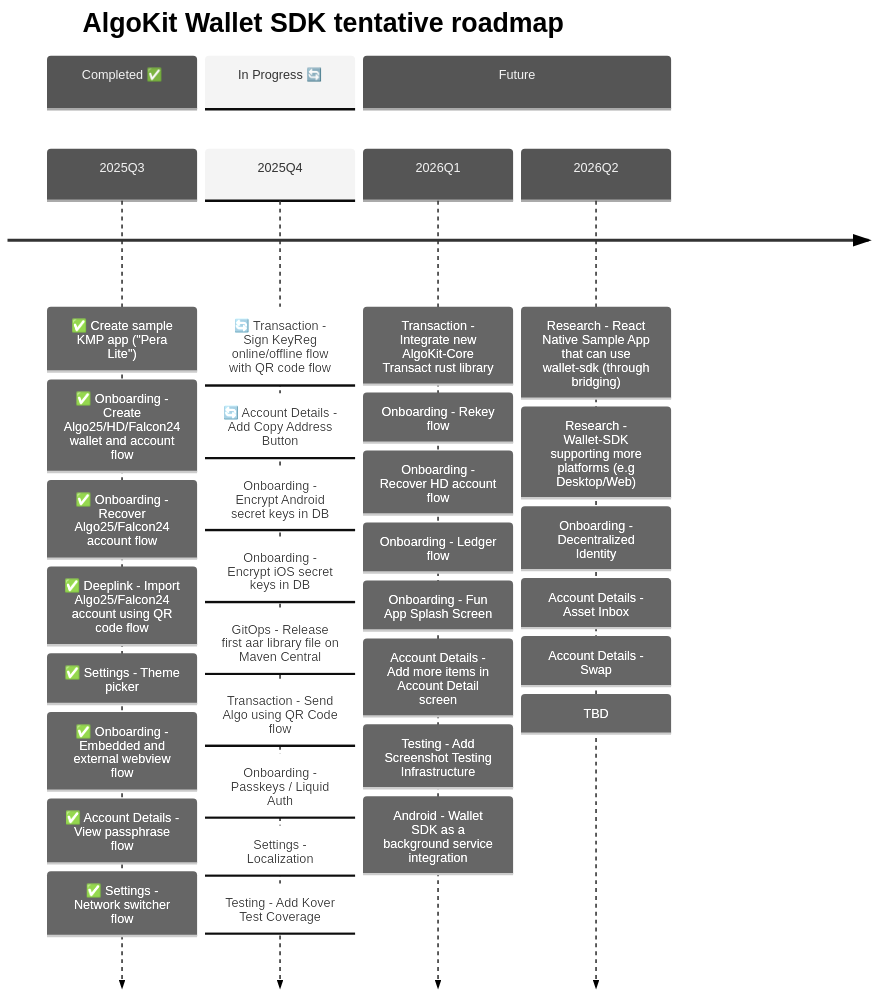
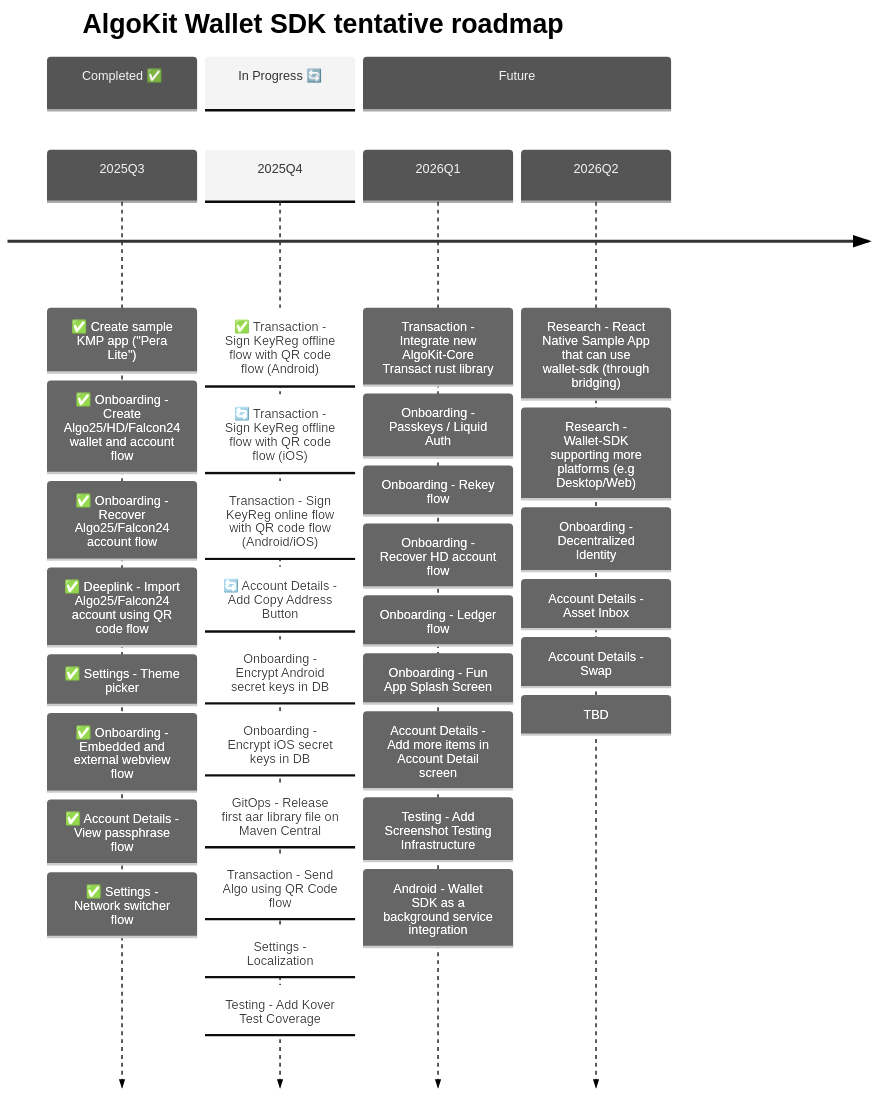
Before and after one commit to michaeltchuang/algokit-walletsdk-kmp: the second of 3 diagrams in README.md, drawn with Mermaid. The commit also changed 8 other files, not shown here.

````diff
--- a/README.md
+++ b/README.md
@@ -47,45 +47,47 @@
 ```mermaid
 ---
 config:
   theme: 'neutral'
 ---
 timeline
     title AlgoKit Wallet SDK tentative roadmap
 
     section Completed ✅
     2025Q3  : ✅ Create sample KMP app ("Pera Lite")
             : ✅ Onboarding - Create Algo25/HD/Falcon24 wallet and account flow
             : ✅ Onboarding - Recover Algo25/Falcon24 account flow
             : ✅ Deeplink - Import Algo25/Falcon24 account using QR code flow
             : ✅ Settings - Theme picker
             : ✅ Onboarding - Embedded and external webview flow
             : ✅ Account Details - View passphrase flow
             : ✅ Settings - Network switcher flow
 
     section In Progress 🔄
-    2025Q4  : 🔄 Transaction - Sign KeyReg online/offline flow with QR code flow
+    2025Q4  : ✅ Transaction - Sign KeyReg offline flow with QR code flow (Android)
+            : 🔄 Transaction - Sign KeyReg offline flow with QR code flow (iOS)
+            : Transaction - Sign KeyReg online flow with QR code flow (Android/iOS)
             : 🔄 Account Details - Add Copy Address Button
             : Onboarding - Encrypt Android secret keys in DB
             : Onboarding - Encrypt iOS secret keys in DB
             : GitOps - Release first aar library file on Maven Central
             : Transaction - Send Algo using QR Code flow
-            : Onboarding - Passkeys / Liquid Auth
             : Settings - Localization
             : Testing - Add Kover Test Coverage
 
     section Future
     2026Q1  : Transaction - Integrate new AlgoKit-Core Transact rust library
+            : Onboarding - Passkeys / Liquid Auth
             : Onboarding - Rekey flow
             : Onboarding - Recover HD account flow
             : Onboarding - Ledger flow
             : Onboarding - Fun App Splash Screen
             : Account Details - Add more items in Account Detail screen
             : Testing - Add Screenshot Testing Infrastructure
             : Android - Wallet SDK as a background service integration
     2026Q2  : Research - React Native Sample App that can use wallet-sdk (through bridging)
             : Research - Wallet-SDK supporting more platforms (e.g Desktop/Web)
             : Onboarding - Decentralized Identity
             : Account Details - Asset Inbox
             : Account Details - Swap
             : TBD
 ```
````
